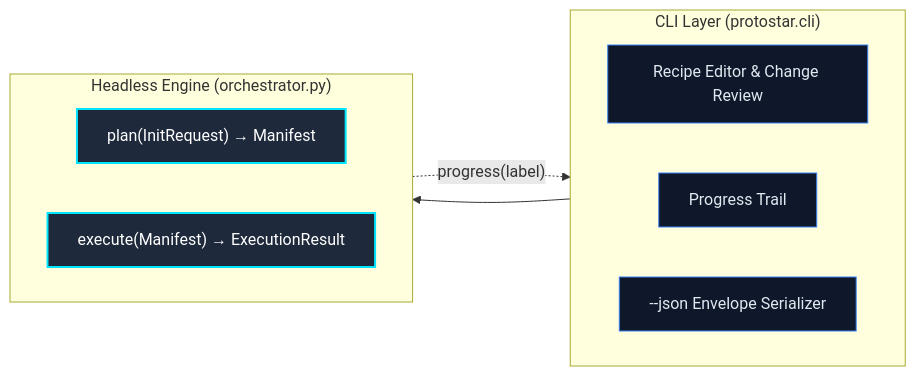
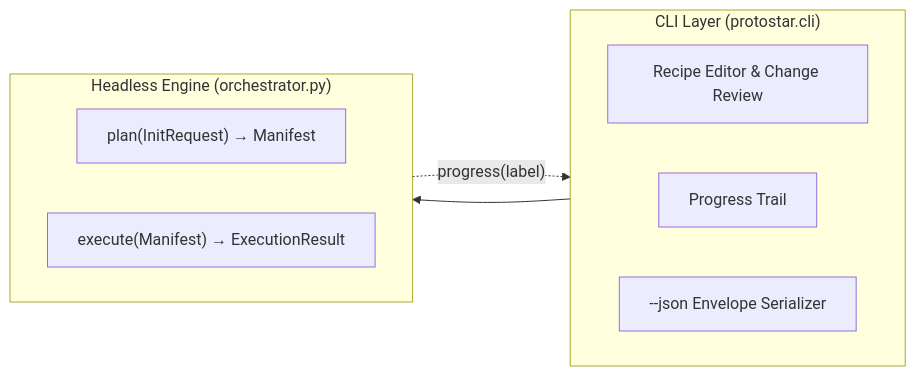
Before and after one commit to JacksonFergusonDev/protostar: the second of 2 diagrams in docs/design-principles.md, drawn with Mermaid. The commit also changed other lines of this file and 36 other files, not shown here.

````diff
--- a/docs/design-principles.md
+++ b/docs/design-principles.md
@@ -92,21 +88,18 @@
 ```mermaid
 flowchart LR
-    classDef cli fill:#0f172a,stroke:#3b82f6,stroke-width:1px,color:#e2e8f0;
-    classDef engine fill:#1e293b,stroke:#00e5ff,stroke-width:2px,color:#fff;
-
     subgraph CLI ["CLI Layer (protostar.cli)"]
         direction LR
-        TUI["Recipe Editor & Change Review"]:::cli
-        Trail["Progress Trail"]:::cli
-        JSON["--json Envelope Serializer"]:::cli
+        TUI["Recipe Editor & Change Review"]
+        Trail["Progress Trail"]
+        JSON["--json Envelope Serializer"]
     end
 
     subgraph Engine ["Headless Engine (orchestrator.py)"]
         direction LR
-        Plan["<span style='white-space:nowrap'>plan(InitRequest) → Manifest</span>"]:::engine
-        Exec["<span style='white-space:nowrap'>execute(Manifest) → ExecutionResult</span>"]:::engine
+        Plan["<span style='white-space:nowrap'>plan(InitRequest) → Manifest</span>"]
+        Exec["<span style='white-space:nowrap'>execute(Manifest) → ExecutionResult</span>"]
     end
 
     CLI --> Engine
     Exec -.->|"progress(label)"| Trail
 ```
````
